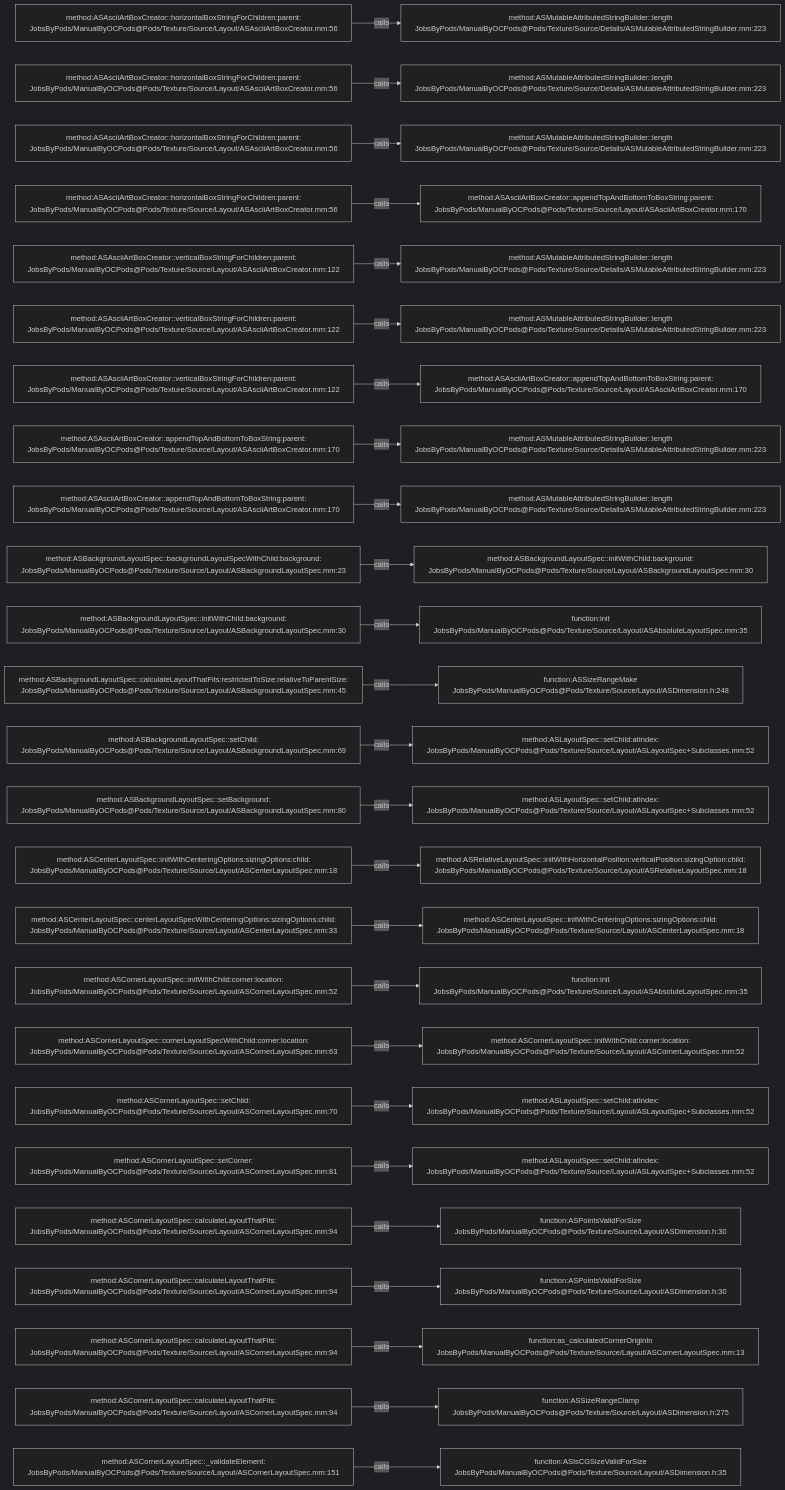
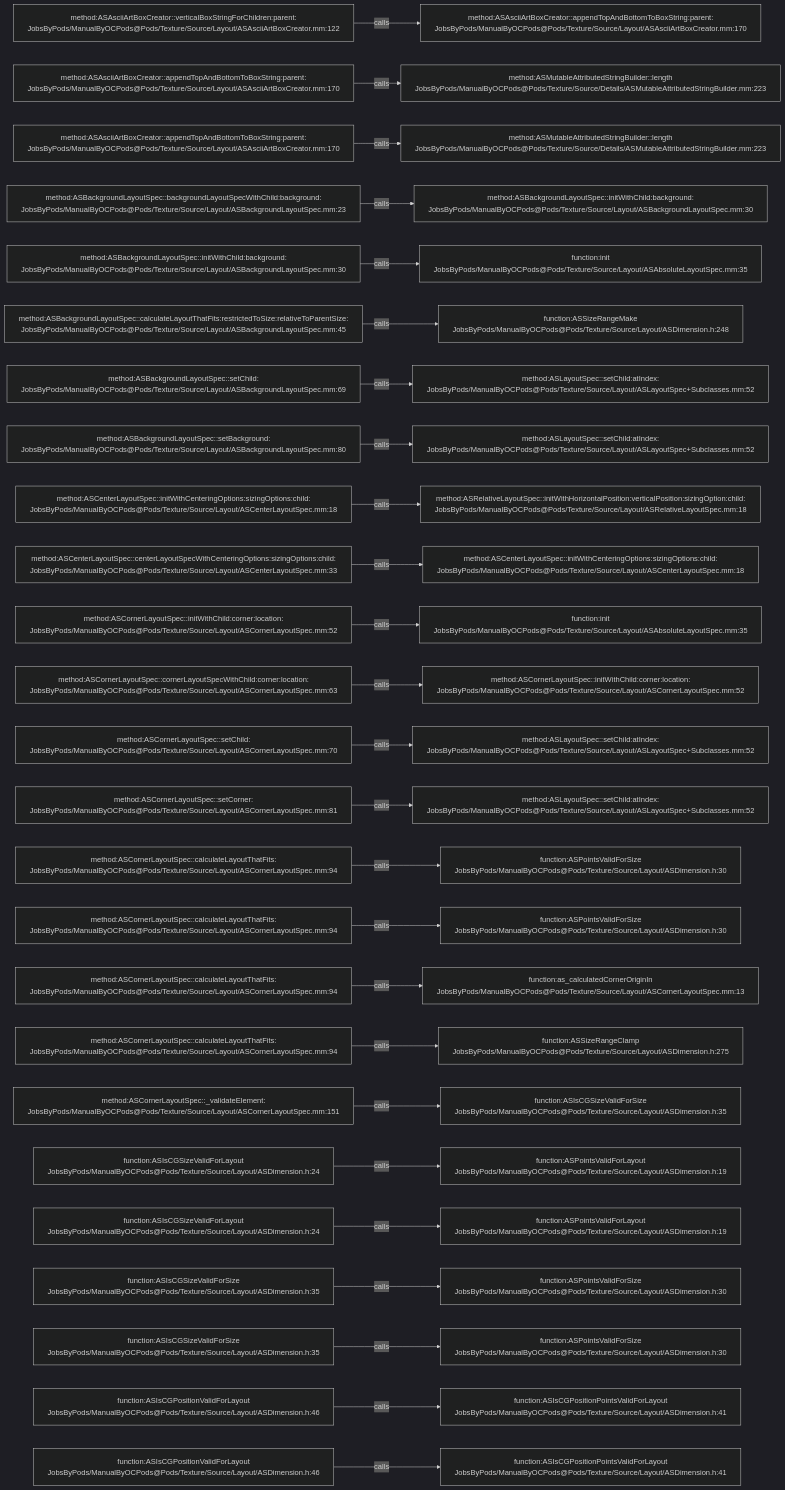
One commit to JobsKits/JobsOCBaseConfigDemo changed the diagram in .codegraph/codegraph.md/graphs/calls-167.md. Above: the diagram before and after it, drawn with Mermaid (dark theme). The commit also changed 666 other files, not shown here.

````diff
--- a/.codegraph/codegraph.md/graphs/calls-167.md
+++ b/.codegraph/codegraph.md/graphs/calls-167.md
@@ -13,78 +13,78 @@
 ```mermaid
 flowchart LR
-  S1["method:ASAsciiArtBoxCreator::horizontalBoxStringForChildren:parent:<br/>JobsByPods/ManualByOCPods@Pods/Texture/Source/Layout/ASAsciiArtBoxCreator.mm:56"]
-  T1["method:ASMutableAttributedStringBuilder::length<br/>JobsByPods/ManualByOCPods@Pods/Texture/Source/Details/ASMutableAttributedStringBuilder.mm:223"]
+  S1["method:ASAsciiArtBoxCreator::verticalBoxStringForChildren:parent:<br/>JobsByPods/ManualByOCPods@Pods/Texture/Source/Layout/ASAsciiArtBoxCreator.mm:122"]
+  T1["method:ASAsciiArtBoxCreator::appendTopAndBottomToBoxString:parent:<br/>JobsByPods/ManualByOCPods@Pods/Texture/Source/Layout/ASAsciiArtBoxCreator.mm:170"]
   S1 -->|calls| T1
-  S2["method:ASAsciiArtBoxCreator::horizontalBoxStringForChildren:parent:<br/>JobsByPods/ManualByOCPods@Pods/Texture/Source/Layout/ASAsciiArtBoxCreator.mm:56"]
+  S2["method:ASAsciiArtBoxCreator::appendTopAndBottomToBoxString:parent:<br/>JobsByPods/ManualByOCPods@Pods/Texture/Source/Layout/ASAsciiArtBoxCreator.mm:170"]
   T2["method:ASMutableAttributedStringBuilder::length<br/>JobsByPods/ManualByOCPods@Pods/Texture/Source/Details/ASMutableAttributedStringBuilder.mm:223"]
   S2 -->|calls| T2
-  S3["method:ASAsciiArtBoxCreator::horizontalBoxStringForChildren:parent:<br/>JobsByPods/ManualByOCPods@Pods/Texture/Source/Layout/ASAsciiArtBoxCreator.mm:56"]
+  S3["method:ASAsciiArtBoxCreator::appendTopAndBottomToBoxString:parent:<br/>JobsByPods/ManualByOCPods@Pods/Texture/Source/Layout/ASAsciiArtBoxCreator.mm:170"]
   T3["method:ASMutableAttributedStringBuilder::length<br/>JobsByPods/ManualByOCPods@Pods/Texture/Source/Details/ASMutableAttributedStringBuilder.mm:223"]
   S3 -->|calls| T3
-  S4["method:ASAsciiArtBoxCreator::horizontalBoxStringForChildren:parent:<br/>JobsByPods/ManualByOCPods@Pods/Texture/Source/Layout/ASAsciiArtBoxCreator.mm:56"]
-  T4["method:ASAsciiArtBoxCreator::appendTopAndBottomToBoxString:parent:<br/>JobsByPods/ManualByOCPods@Pods/Texture/Source/Layout/ASAsciiArtBoxCreator.mm:170"]
+  S4["method:ASBackgroundLayoutSpec::backgroundLayoutSpecWithChild:background:<br/>JobsByPods/ManualByOCPods@Pods/Texture/Source/Layout/ASBackgroundLayoutSpec.mm:23"]
+  T4["method:ASBackgroundLayoutSpec::initWithChild:background:<br/>JobsByPods/ManualByOCPods@Pods/Texture/Source/Layout/ASBackgroundLayoutSpec.mm:30"]
   S4 -->|calls| T4
-  S5["method:ASAsciiArtBoxCreator::verticalBoxStringForChildren:parent:<br/>JobsByPods/ManualByOCPods@Pods/Texture/Source/Layout/ASAsciiArtBoxCreator.mm:122"]
-  T5["method:ASMutableAttributedStringBuilder::length<br/>JobsByPods/ManualByOCPods@Pods/Texture/Source/Details/ASMutableAttributedStringBuilder.mm:223"]
+  S5["method:ASBackgroundLayoutSpec::initWithChild:background:<br/>JobsByPods/ManualByOCPods@Pods/Texture/Source/Layout/ASBackgroundLayoutSpec.mm:30"]
+  T5["function:init<br/>JobsByPods/ManualByOCPods@Pods/Texture/Source/Layout/ASAbsoluteLayoutSpec.mm:35"]
   S5 -->|calls| T5
-  S6["method:ASAsciiArtBoxCreator::verticalBoxStringForChildren:parent:<br/>JobsByPods/ManualByOCPods@Pods/Texture/Source/Layout/ASAsciiArtBoxCreator.mm:122"]
-  T6["method:ASMutableAttributedStringBuilder::length<br/>JobsByPods/ManualByOCPods@Pods/Texture/Source/Details/ASMutableAttributedStringBuilder.mm:223"]
+  S6["method:ASBackgroundLayoutSpec::calculateLayoutThatFits:restrictedToSize:relativeToParentSize:<br/>JobsByPods/ManualByOCPods@Pods/Texture/Source/Layout/ASBackgroundLayoutSpec.mm:45"]
+  T6["function:ASSizeRangeMake<br/>JobsByPods/ManualByOCPods@Pods/Texture/Source/Layout/ASDimension.h:248"]
   S6 -->|calls| T6
-  S7["method:ASAsciiArtBoxCreator::verticalBoxStringForChildren:parent:<br/>JobsByPods/ManualByOCPods@Pods/Texture/Source/Layout/ASAsciiArtBoxCreator.mm:122"]
-  T7["method:ASAsciiArtBoxCreator::appendTopAndBottomToBoxString:parent:<br/>JobsByPods/ManualByOCPods@Pods/Texture/Source/Layout/ASAsciiArtBoxCreator.mm:170"]
+  S7["method:ASBackgroundLayoutSpec::setChild:<br/>JobsByPods/ManualByOCPods@Pods/Texture/Source/Layout/ASBackgroundLayoutSpec.mm:69"]
+  T7["method:ASLayoutSpec::setChild:atIndex:<br/>JobsByPods/ManualByOCPods@Pods/Texture/Source/Layout/ASLayoutSpec+Subclasses.mm:52"]
   S7 -->|calls| T7
-  S8["method:ASAsciiArtBoxCreator::appendTopAndBottomToBoxString:parent:<br/>JobsByPods/ManualByOCPods@Pods/Texture/Source/Layout/ASAsciiArtBoxCreator.mm:170"]
-  T8["method:ASMutableAttributedStringBuilder::length<br/>JobsByPods/ManualByOCPods@Pods/Texture/Source/Details/ASMutableAttributedStringBuilder.mm:223"]
+  S8["method:ASBackgroundLayoutSpec::setBackground:<br/>JobsByPods/ManualByOCPods@Pods/Texture/Source/Layout/ASBackgroundLayoutSpec.mm:80"]
+  T8["method:ASLayoutSpec::setChild:atIndex:<br/>JobsByPods/ManualByOCPods@Pods/Texture/Source/Layout/ASLayoutSpec+Subclasses.mm:52"]
   S8 -->|calls| T8
-  S9["method:ASAsciiArtBoxCreator::appendTopAndBottomToBoxString:parent:<br/>JobsByPods/ManualByOCPods@Pods/Texture/Source/Layout/ASAsciiArtBoxCreator.mm:170"]
-  T9["method:ASMutableAttributedStringBuilder::length<br/>JobsByPods/ManualByOCPods@Pods/Texture/Source/Details/ASMutableAttributedStringBuilder.mm:223"]
+  S9["method:ASCenterLayoutSpec::initWithCenteringOptions:sizingOptions:child:<br/>JobsByPods/ManualByOCPods@Pods/Texture/Source/Layout/ASCenterLayoutSpec.mm:18"]
+  T9["method:ASRelativeLayoutSpec::initWithHorizontalPosition:verticalPosition:sizingOption:child:<br/>JobsByPods/ManualByOCPods@Pods/Texture/Source/Layout/ASRelativeLayoutSpec.mm:18"]
   S9 -->|calls| T9
-  S10["method:ASBackgroundLayoutSpec::backgroundLayoutSpecWithChild:background:<br/>JobsByPods/ManualByOCPods@Pods/Texture/Source/Layout/ASBackgroundLayoutSpec.mm:23"]
-  T10["method:ASBackgroundLayoutSpec::initWithChild:background:<br/>JobsByPods/ManualByOCPods@Pods/Texture/Source/Layout/ASBackgroundLayoutSpec.mm:30"]
+  S10["method:ASCenterLayoutSpec::centerLayoutSpecWithCenteringOptions:sizingOptions:child:<br/>JobsByPods/ManualByOCPods@Pods/Texture/Source/Layout/ASCenterLayoutSpec.mm:33"]
+  T10["method:ASCenterLayoutSpec::initWithCenteringOptions:sizingOptions:child:<br/>JobsByPods/ManualByOCPods@Pods/Texture/Source/Layout/ASCenterLayoutSpec.mm:18"]
   S10 -->|calls| T10
-  S11["method:ASBackgroundLayoutSpec::initWithChild:background:<br/>JobsByPods/ManualByOCPods@Pods/Texture/Source/Layout/ASBackgroundLayoutSpec.mm:30"]
+  S11["method:ASCornerLayoutSpec::initWithChild:corner:location:<br/>JobsByPods/ManualByOCPods@Pods/Texture/Source/Layout/ASCornerLayoutSpec.mm:52"]
   T11["function:init<br/>JobsByPods/ManualByOCPods@Pods/Texture/Source/Layout/ASAbsoluteLayoutSpec.mm:35"]
   S11 -->|calls| T11
-  S12["method:ASBackgroundLayoutSpec::calculateLayoutThatFits:restrictedToSize:relativeToParentSize:<br/>JobsByPods/ManualByOCPods@Pods/Texture/Source/Layout/ASBackgroundLayoutSpec.mm:45"]
-  T12["function:ASSizeRangeMake<br/>JobsByPods/ManualByOCPods@Pods/Texture/Source/Layout/ASDimension.h:248"]
+  S12["method:ASCornerLayoutSpec::cornerLayoutSpecWithChild:corner:location:<br/>JobsByPods/ManualByOCPods@Pods/Texture/Source/Layout/ASCornerLayoutSpec.mm:63"]
+  T12["method:ASCornerLayoutSpec::initWithChild:corner:location:<br/>JobsByPods/ManualByOCPods@Pods/Texture/Source/Layout/ASCornerLayoutSpec.mm:52"]
   S12 -->|calls| T12
-  S13["method:ASBackgroundLayoutSpec::setChild:<br/>JobsByPods/ManualByOCPods@Pods/Texture/Source/Layout/ASBackgroundLayoutSpec.mm:69"]
+  S13["method:ASCornerLayoutSpec::setChild:<br/>JobsByPods/ManualByOCPods@Pods/Texture/Source/Layout/ASCornerLayoutSpec.mm:70"]
   T13["method:ASLayoutSpec::setChild:atIndex:<br/>JobsByPods/ManualByOCPods@Pods/Texture/Source/Layout/ASLayoutSpec+Subclasses.mm:52"]
   S13 -->|calls| T13
-  S14["method:ASBackgroundLayoutSpec::setBackground:<br/>JobsByPods/ManualByOCPods@Pods/Texture/Source/Layout/ASBackgroundLayoutSpec.mm:80"]
+  S14["method:ASCornerLayoutSpec::setCorner:<br/>JobsByPods/ManualByOCPods@Pods/Texture/Source/Layout/ASCornerLayoutSpec.mm:81"]
   T14["method:ASLayoutSpec::setChild:atIndex:<br/>JobsByPods/ManualByOCPods@Pods/Texture/Source/Layout/ASLayoutSpec+Subclasses.mm:52"]
   S14 -->|calls| T14
-  S15["method:ASCenterLayoutSpec::initWithCenteringOptions:sizingOptions:child:<br/>JobsByPods/ManualByOCPods@Pods/Texture/Source/Layout/ASCenterLayoutSpec.mm:18"]
-  T15["method:ASRelativeLayoutSpec::initWithHorizontalPosition:verticalPosition:sizingOption:child:<br/>JobsByPods/ManualByOCPods@Pods/Texture/Source/Layout/ASRelativeLayoutSpec.mm:18"]
+  S15["method:ASCornerLayoutSpec::calculateLayoutThatFits:<br/>JobsByPods/ManualByOCPods@Pods/Texture/Source/Layout/ASCornerLayoutSpec.mm:94"]
+  T15["function:ASPointsValidForSize<br/>JobsByPods/ManualByOCPods@Pods/Texture/Source/Layout/ASDimension.h:30"]
   S15 -->|calls| T15
-  S16["method:ASCenterLayoutSpec::centerLayoutSpecWithCenteringOptions:sizingOptions:child:<br/>JobsByPods/ManualByOCPods@Pods/Texture/Source/Layout/ASCenterLayoutSpec.mm:33"]
-  T16["method:ASCenterLayoutSpec::initWithCenteringOptions:sizingOptions:child:<br/>JobsByPods/ManualByOCPods@Pods/Texture/Source/Layout/ASCenterLayoutSpec.mm:18"]
+  S16["method:ASCornerLayoutSpec::calculateLayoutThatFits:<br/>JobsByPods/ManualByOCPods@Pods/Texture/Source/Layout/ASCornerLayoutSpec.mm:94"]
+  T16["function:ASPointsValidForSize<br/>JobsByPods/ManualByOCPods@Pods/Texture/Source/Layout/ASDimension.h:30"]
   S16 -->|calls| T16
-  S17["method:ASCornerLayoutSpec::initWithChild:corner:location:<br/>JobsByPods/ManualByOCPods@Pods/Texture/Source/Layout/ASCornerLayoutSpec.mm:52"]
-  T17["function:init<br/>JobsByPods/ManualByOCPods@Pods/Texture/Source/Layout/ASAbsoluteLayoutSpec.mm:35"]
+  S17["method:ASCornerLayoutSpec::calculateLayoutThatFits:<br/>JobsByPods/ManualByOCPods@Pods/Texture/Source/Layout/ASCornerLayoutSpec.mm:94"]
+  T17["function:as_calculatedCornerOriginIn<br/>JobsByPods/ManualByOCPods@Pods/Texture/Source/Layout/ASCornerLayoutSpec.mm:13"]
   S17 -->|calls| T17
-  S18["method:ASCornerLayoutSpec::cornerLayoutSpecWithChild:corner:location:<br/>JobsByPods/ManualByOCPods@Pods/Texture/Source/Layout/ASCornerLayoutSpec.mm:63"]
-  T18["method:ASCornerLayoutSpec::initWithChild:corner:location:<br/>JobsByPods/ManualByOCPods@Pods/Texture/Source/Layout/ASCornerLayoutSpec.mm:52"]
+  S18["method:ASCornerLayoutSpec::calculateLayoutThatFits:<br/>JobsByPods/ManualByOCPods@Pods/Texture/Source/Layout/ASCornerLayoutSpec.mm:94"]
+  T18["function:ASSizeRangeClamp<br/>JobsByPods/ManualByOCPods@Pods/Texture/Source/Layout/ASDimension.h:275"]
   S18 -->|calls| T18
-  S19["method:ASCornerLayoutSpec::setChild:<br/>JobsByPods/ManualByOCPods@Pods/Texture/Source/Layout/ASCornerLayoutSpec.mm:70"]
-  T19["method:ASLayoutSpec::setChild:atIndex:<br/>JobsByPods/ManualByOCPods@Pods/Texture/Source/Layout/ASLayoutSpec+Subclasses.mm:52"]
+  S19["method:ASCornerLayoutSpec::_validateElement:<br/>JobsByPods/ManualByOCPods@Pods/Texture/Source/Layout/ASCornerLayoutSpec.mm:151"]
+  T19["function:ASIsCGSizeValidForSize<br/>JobsByPods/ManualByOCPods@Pods/Texture/Source/Layout/ASDimension.h:35"]
   S19 -->|calls| T19
-  S20["method:ASCornerLayoutSpec::setCorner:<br/>JobsByPods/ManualByOCPods@Pods/Texture/Source/Layout/ASCornerLayoutSpec.mm:81"]
-  T20["method:ASLayoutSpec::setChild:atIndex:<br/>JobsByPods/ManualByOCPods@Pods/Texture/Source/Layout/ASLayoutSpec+Subclasses.mm:52"]
+  S20["function:ASIsCGSizeValidForLayout<br/>JobsByPods/ManualByOCPods@Pods/Texture/Source/Layout/ASDimension.h:24"]
+  T20["function:ASPointsValidForLayout<br/>JobsByPods/ManualByOCPods@Pods/Texture/Source/Layout/ASDimension.h:19"]
   S20 -->|calls| T20
-  S21["method:ASCornerLayoutSpec::calculateLayoutThatFits:<br/>JobsByPods/ManualByOCPods@Pods/Texture/Source/Layout/ASCornerLayoutSpec.mm:94"]
-  T21["function:ASPointsValidForSize<br/>JobsByPods/ManualByOCPods@Pods/Texture/Source/Layout/ASDimension.h:30"]
+  S21["function:ASIsCGSizeValidForLayout<br/>JobsByPods/ManualByOCPods@Pods/Texture/Source/Layout/ASDimension.h:24"]
+  T21["function:ASPointsValidForLayout<br/>JobsByPods/ManualByOCPods@Pods/Texture/Source/Layout/ASDimension.h:19"]
   S21 -->|calls| T21
-  S22["method:ASCornerLayoutSpec::calculateLayoutThatFits:<br/>JobsByPods/ManualByOCPods@Pods/Texture/Source/Layout/ASCornerLayoutSpec.mm:94"]
+  S22["function:ASIsCGSizeValidForSize<br/>JobsByPods/ManualByOCPods@Pods/Texture/Source/Layout/ASDimension.h:35"]
   T22["function:ASPointsValidForSize<br/>JobsByPods/ManualByOCPods@Pods/Texture/Source/Layout/ASDimension.h:30"]
   S22 -->|calls| T22
-  S23["method:ASCornerLayoutSpec::calculateLayoutThatFits:<br/>JobsByPods/ManualByOCPods@Pods/Texture/Source/Layout/ASCornerLayoutSpec.mm:94"]
-  T23["function:as_calculatedCornerOriginIn<br/>JobsByPods/ManualByOCPods@Pods/Texture/Source/Layout/ASCornerLayoutSpec.mm:13"]
+  S23["function:ASIsCGSizeValidForSize<br/>JobsByPods/ManualByOCPods@Pods/Texture/Source/Layout/ASDimension.h:35"]
+  T23["function:ASPointsValidForSize<br/>JobsByPods/ManualByOCPods@Pods/Texture/Source/Layout/ASDimension.h:30"]
   S23 -->|calls| T23
-  S24["method:ASCornerLayoutSpec::calculateLayoutThatFits:<br/>JobsByPods/ManualByOCPods@Pods/Texture/Source/Layout/ASCornerLayoutSpec.mm:94"]
-  T24["function:ASSizeRangeClamp<br/>JobsByPods/ManualByOCPods@Pods/Texture/Source/Layout/ASDimension.h:275"]
+  S24["function:ASIsCGPositionValidForLayout<br/>JobsByPods/ManualByOCPods@Pods/Texture/Source/Layout/ASDimension.h:46"]
+  T24["function:ASIsCGPositionPointsValidForLayout<br/>JobsByPods/ManualByOCPods@Pods/Texture/Source/Layout/ASDimension.h:41"]
   S24 -->|calls| T24
-  S25["method:ASCornerLayoutSpec::_validateElement:<br/>JobsByPods/ManualByOCPods@Pods/Texture/Source/Layout/ASCornerLayoutSpec.mm:151"]
-  T25["function:ASIsCGSizeValidForSize<br/>JobsByPods/ManualByOCPods@Pods/Texture/Source/Layout/ASDimension.h:35"]
+  S25["function:ASIsCGPositionValidForLayout<br/>JobsByPods/ManualByOCPods@Pods/Texture/Source/Layout/ASDimension.h:46"]
+  T25["function:ASIsCGPositionPointsValidForLayout<br/>JobsByPods/ManualByOCPods@Pods/Texture/Source/Layout/ASDimension.h:41"]
   S25 -->|calls| T25
 ```
````
